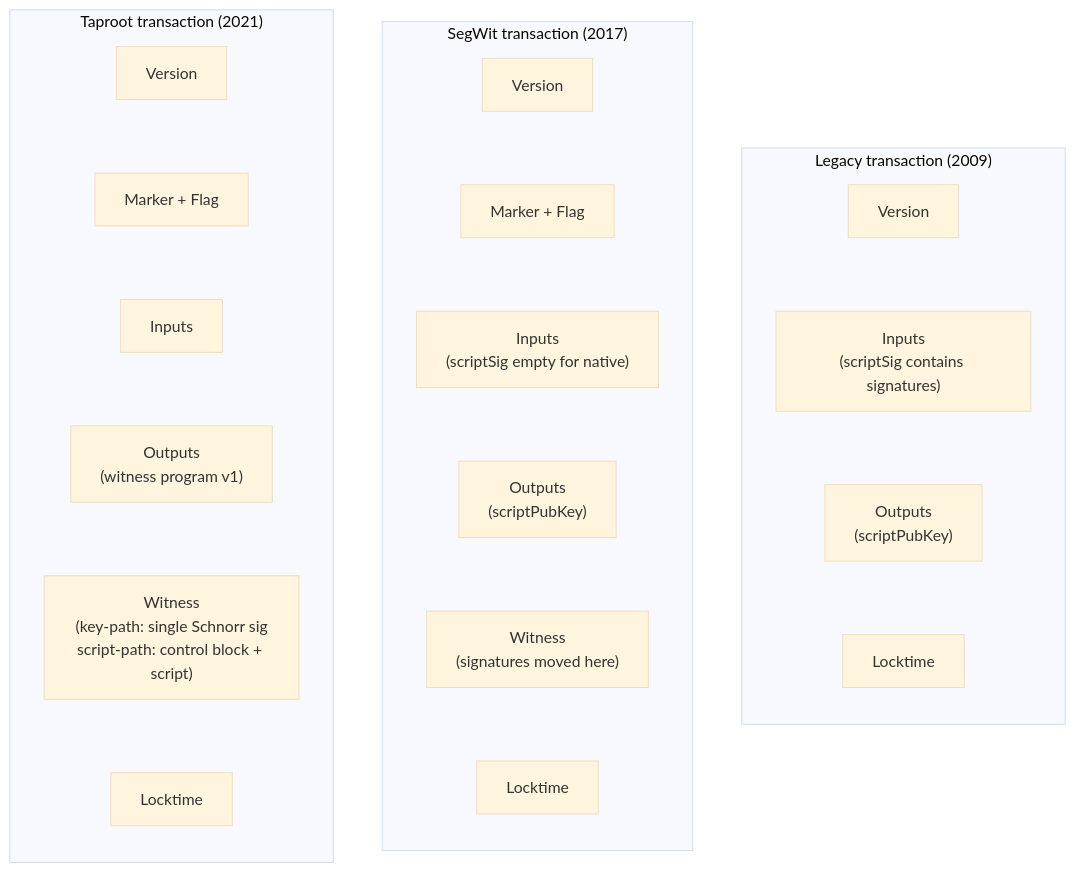
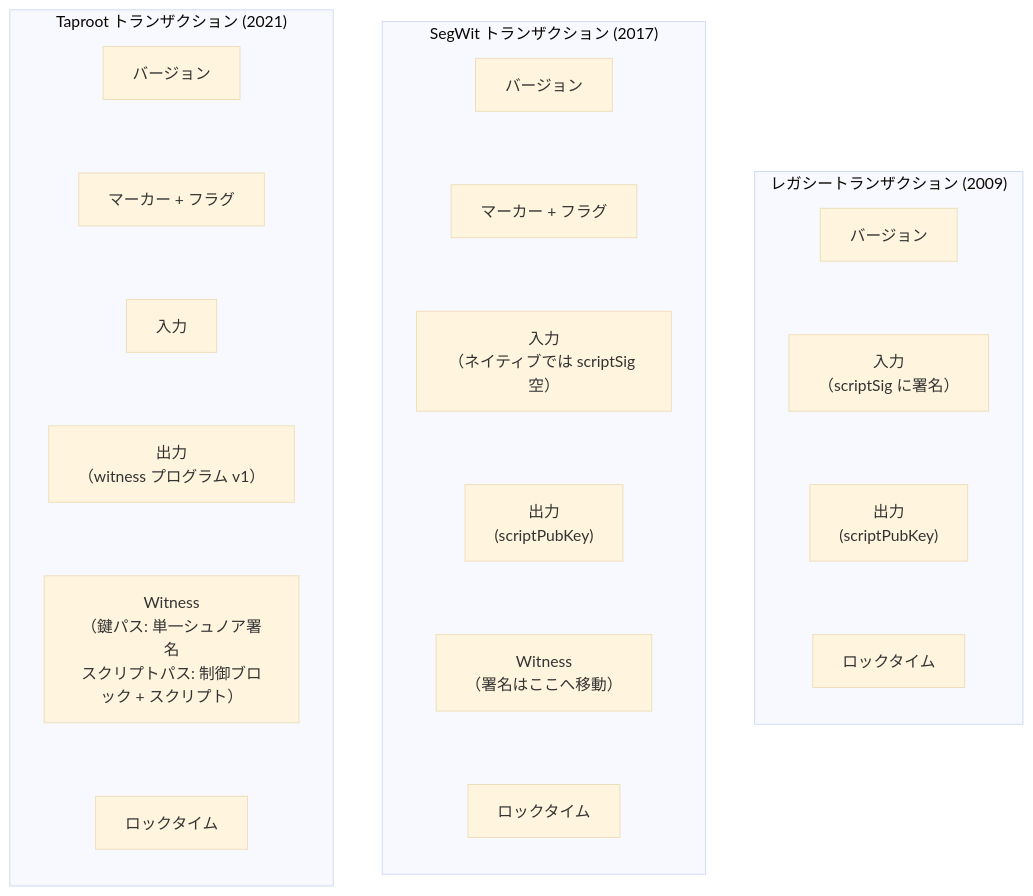
Before and after one commit to cypher256/BitcoinArchive: the fifth of 5 diagrams in src/data/translations/ja/design/2009-01-03-bitcoin-transaction-design.md, drawn with Mermaid (base theme). The commit also changed other lines of this file and 11 other files, not shown here.

````diff
--- a/src/data/translations/ja/design/2009-01-03-bitcoin-transaction-design.md
+++ b/src/data/translations/ja/design/2009-01-03-bitcoin-transaction-design.md
@@ -223,33 +223,33 @@
 ```mermaid
 flowchart TB
-    subgraph LEGACY["Legacy transaction (2009)"]
+    subgraph LEGACY["レガシートランザクション (2009)"]
         direction TB
-        L_VER["Version"]
-        L_IN["Inputs\n(scriptSig contains signatures)"]
-        L_OUT["Outputs\n(scriptPubKey)"]
-        L_LOCK["Locktime"]
+        L_VER["バージョン"]
+        L_IN["入力\n（scriptSig に署名）"]
+        L_OUT["出力\n(scriptPubKey)"]
+        L_LOCK["ロックタイム"]
         L_VER ~~~ L_IN ~~~ L_OUT ~~~ L_LOCK
     end
 
-    subgraph SEGWIT["SegWit transaction (2017)"]
+    subgraph SEGWIT["SegWit トランザクション (2017)"]
         direction TB
-        S_VER["Version"]
-        S_MF["Marker + Flag"]
-        S_IN["Inputs\n(scriptSig empty for native)"]
-        S_OUT["Outputs\n(scriptPubKey)"]
-        S_WIT["Witness\n(signatures moved here)"]
-        S_LOCK["Locktime"]
+        S_VER["バージョン"]
+        S_MF["マーカー + フラグ"]
+        S_IN["入力\n（ネイティブでは scriptSig 空）"]
+        S_OUT["出力\n(scriptPubKey)"]
+        S_WIT["Witness\n（署名はここへ移動）"]
+        S_LOCK["ロックタイム"]
         S_VER ~~~ S_MF ~~~ S_IN ~~~ S_OUT ~~~ S_WIT ~~~ S_LOCK
     end
 
-    subgraph TAPROOT["Taproot transaction (2021)"]
+    subgraph TAPROOT["Taproot トランザクション (2021)"]
         direction TB
-        T_VER["Version"]
-        T_MF["Marker + Flag"]
-        T_IN["Inputs"]
-        T_OUT["Outputs\n(witness program v1)"]
-        T_WIT["Witness\n(key-path: single Schnorr sig\nscript-path: control block + script)"]
-        T_LOCK["Locktime"]
+        T_VER["バージョン"]
+        T_MF["マーカー + フラグ"]
+        T_IN["入力"]
+        T_OUT["出力\n（witness プログラム v1）"]
+        T_WIT["Witness\n（鍵パス: 単一シュノア署名\nスクリプトパス: 制御ブロック + スクリプト）"]
+        T_LOCK["ロックタイム"]
         T_VER ~~~ T_MF ~~~ T_IN ~~~ T_OUT ~~~ T_WIT ~~~ T_LOCK
     end
 ```
````
